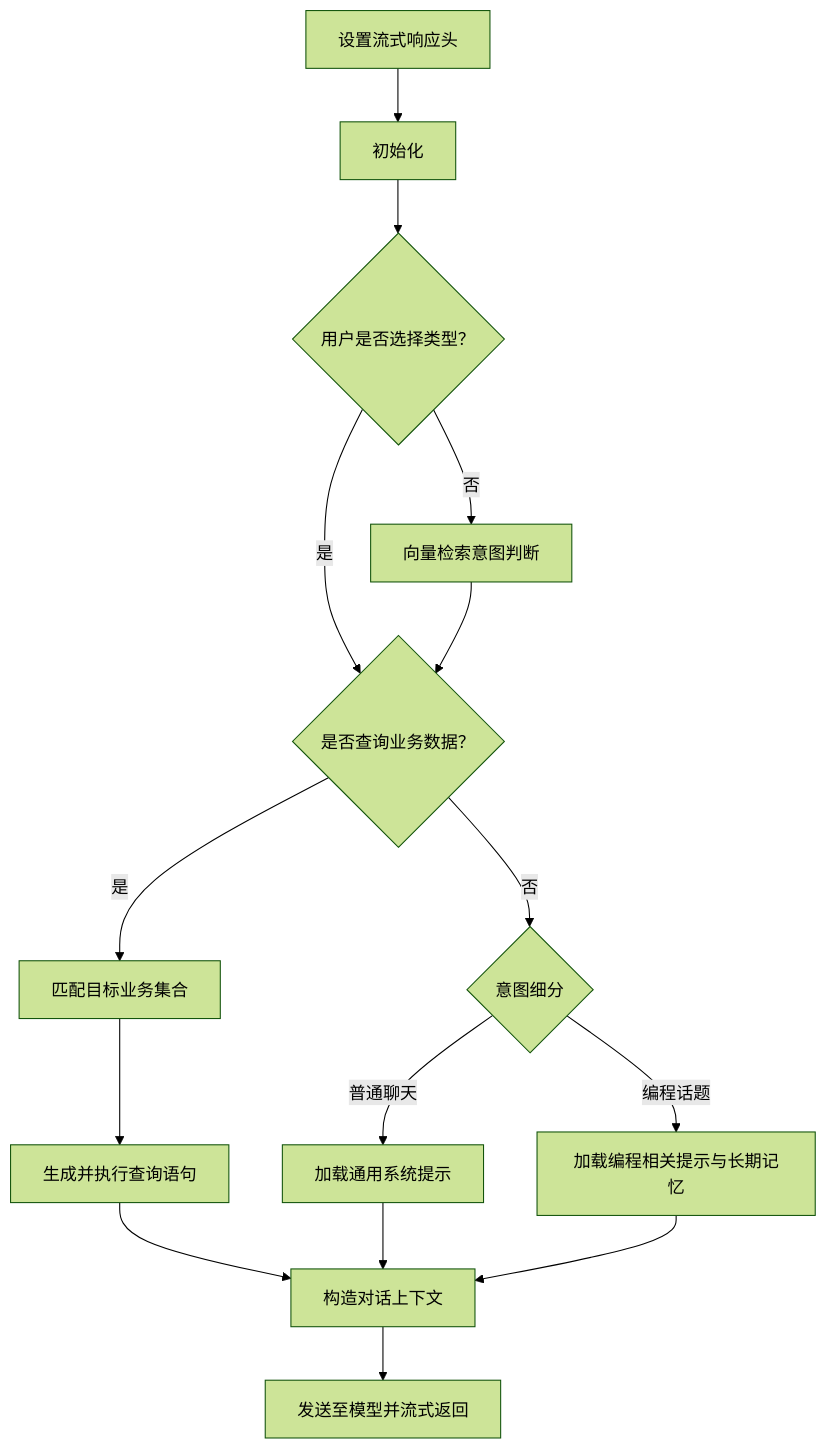
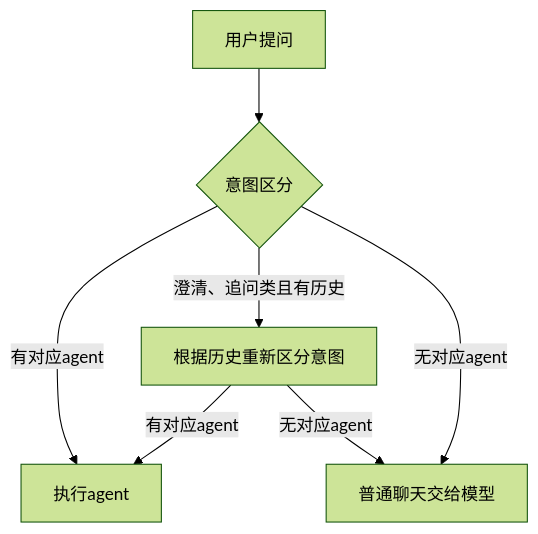
Before and after one commit to wangez/aispace: the second of 2 diagrams in README.md, drawn with Mermaid (forest theme). The commit also changed other lines of this file, not shown here.

````diff
--- a/README.md
+++ b/README.md
@@ -191,17 +191,9 @@
 ```mermaid
-graph TD
-    A[设置流式响应头] --> B[初始化]
-    B --> C{用户是否选择类型？}
-    C -->|是| D{是否查询业务数据？}
-    C -->|否| E[向量检索意图判断]
-    E --> D
-    D -->|是| F[匹配目标业务集合]
-    F --> G[生成并执行查询语句]
-    D -->|否| H{意图细分}
-    H -->|普通聊天| I[加载通用系统提示]
-    H -->|编程话题| J[加载编程相关提示与长期记忆]
-    G --> K[构造对话上下文]
-    I --> K
-    J --> K
-    K --> L[发送至模型并流式返回]
+flowchart TD
+    A[用户提问] --> B{意图区分}
+    B -->|有对应agent| D[执行agent]
+    B -->|澄清、追问类且有历史| E[根据历史重新区分意图]
+    B -->|无对应agent| F[普通聊天交给模型]
+    E --> |有对应agent|D
+    E --> |无对应agent|F
 ```
````
